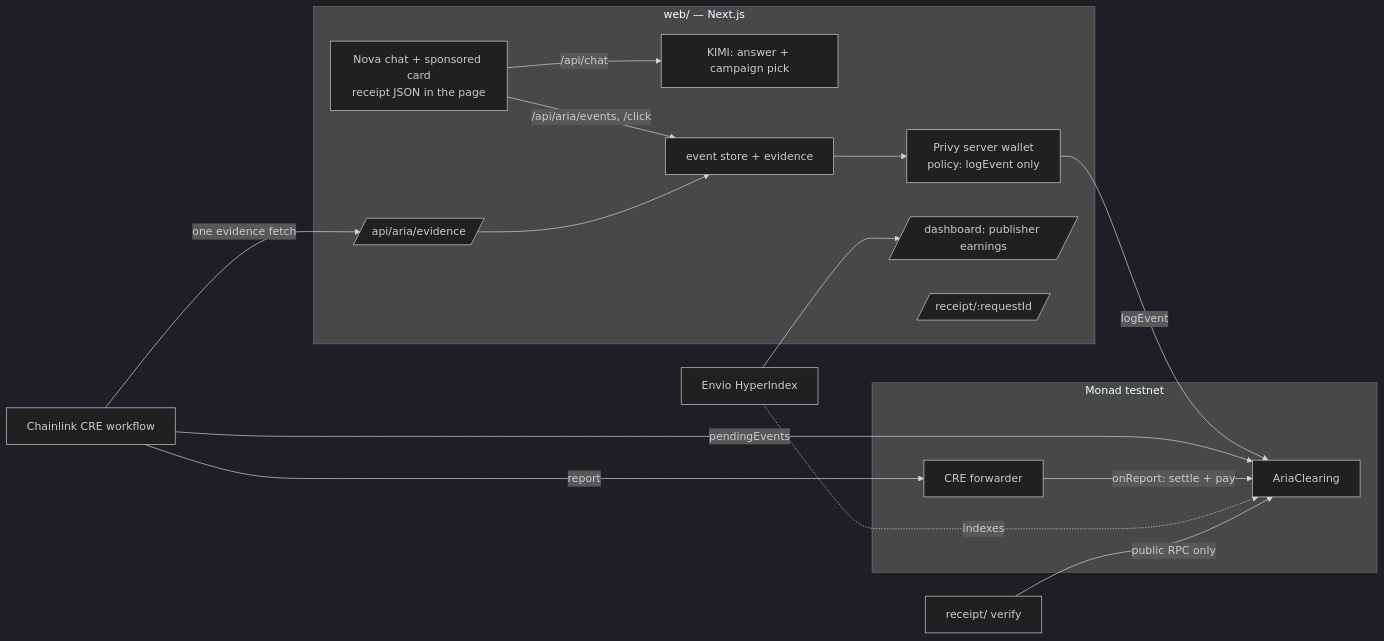
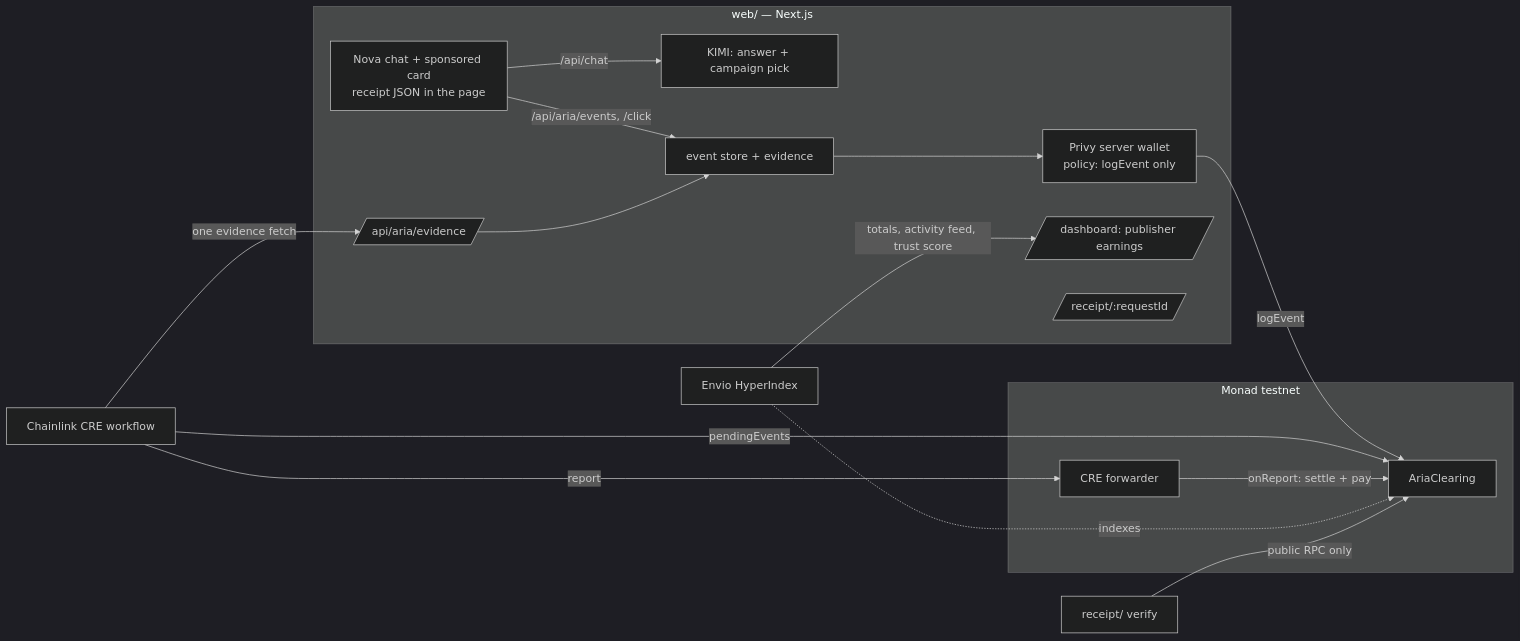
The diagram in README.md (trustaria/aria-clearing), drawn with Mermaid (dark theme) before and after one commit. The commit also changed other lines of this file, not shown here.

Commit message:
Say in the README what Envio powers on the dashboard

````diff
--- a/README.md
+++ b/README.md
@@ -114,22 +114,22 @@
 ```mermaid
 graph LR
     subgraph web [web/ — Next.js]
         Nova[Nova chat + sponsored card<br/>receipt JSON in the page] -->|/api/chat| Kimi[KIMI: answer + campaign pick]
         Nova -->|/api/aria/events, /click| Ev[event store + evidence]
         Ev --> Relay[Privy server wallet<br/>policy: logEvent only]
         EvAPI[/api/aria/evidence/] --> Ev
         Dash[/dashboard: publisher earnings/]
         Why[/receipt/:requestId/]
     end
     subgraph Monad testnet
         C[AriaClearing]
         F[CRE forwarder]
     end
     Relay -->|logEvent| C
     CRE[Chainlink CRE workflow] -->|pendingEvents| C
     CRE -->|one evidence fetch| EvAPI
     CRE -->|report| F -->|onReport: settle + pay| C
     Envio[Envio HyperIndex] -. indexes .-> C
-    Envio --> Dash
+    Envio -->|totals, activity feed, trust score| Dash
     Verify[receipt/ verify] -->|public RPC only| C
 ```
````
